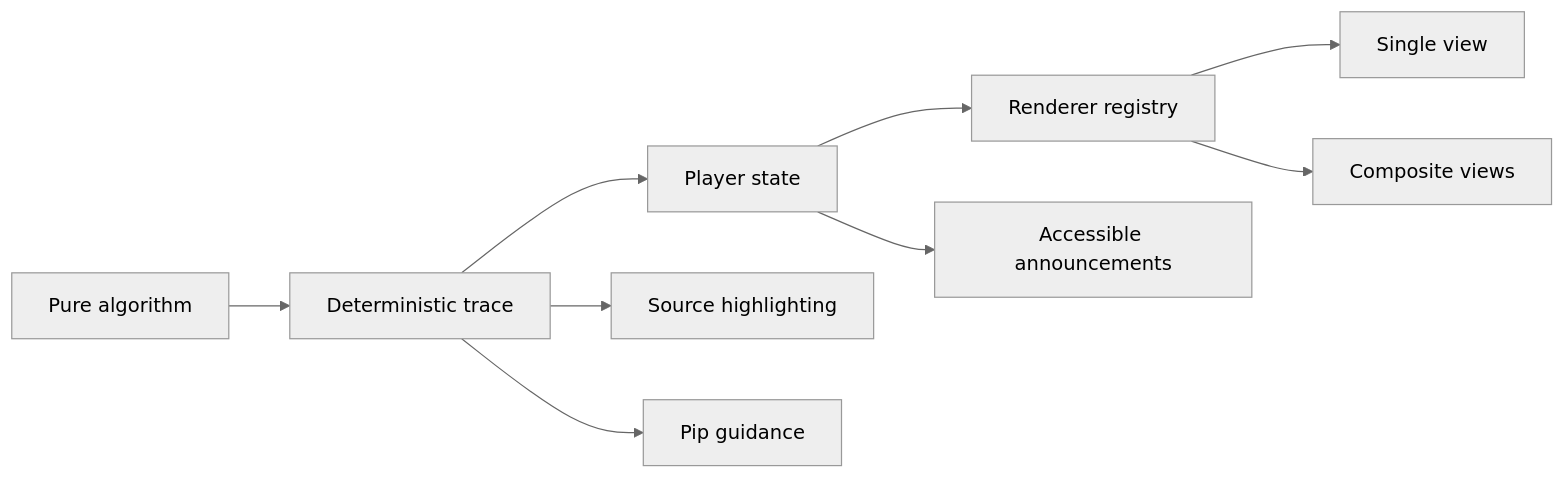
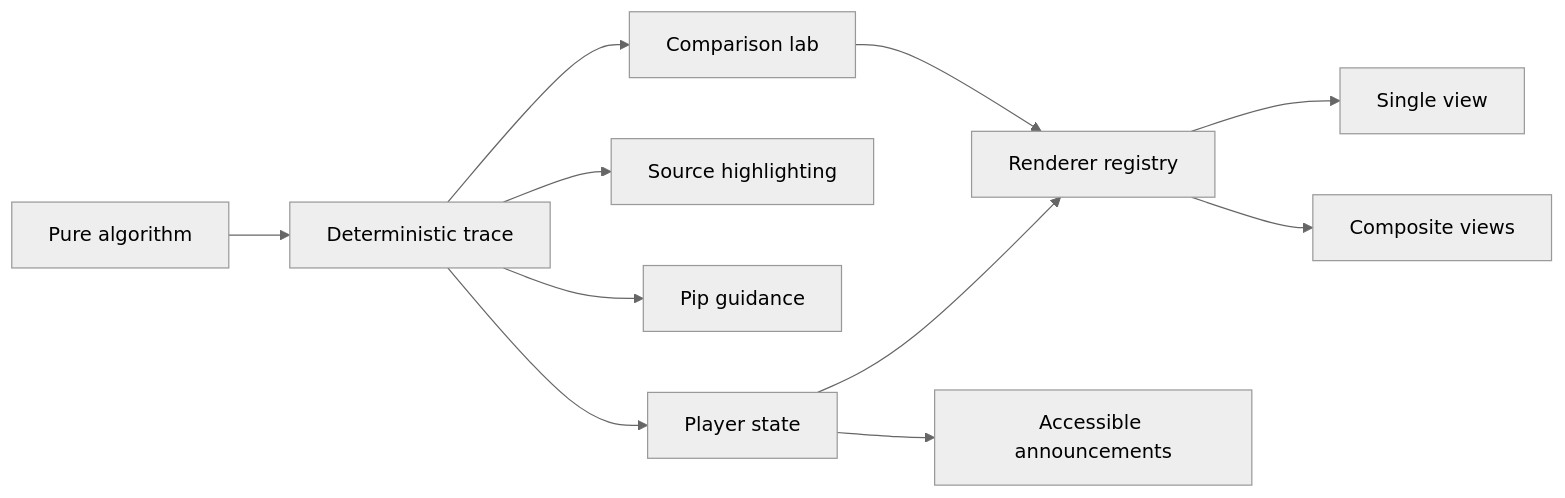
One commit to everdein/dsa-dojo changed the diagram in README.md. Above: the diagram before and after it, drawn with Mermaid (neutral theme). The commit also changed other lines of this file and 8 other files, not shown here.

````diff
--- a/README.md
+++ b/README.md
@@ -108,11 +112,13 @@
 ```mermaid
 flowchart LR
   A["Pure algorithm"] --> T["Deterministic trace"]
   T --> P["Player state"]
   T --> C["Source highlighting"]
   T --> G["Pip guidance"]
   P --> RR["Renderer registry"]
   RR --> R1["Single view"]
   RR --> R2["Composite views"]
   P --> L["Accessible announcements"]
+  T --> CM["Comparison lab"]
+  CM --> RR
 ```
````
